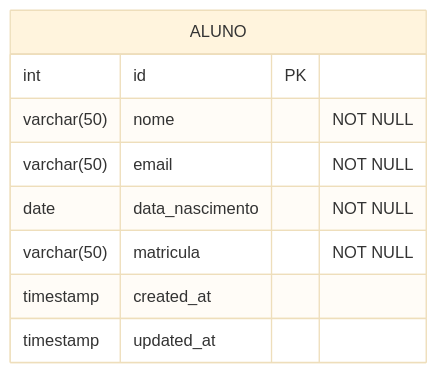
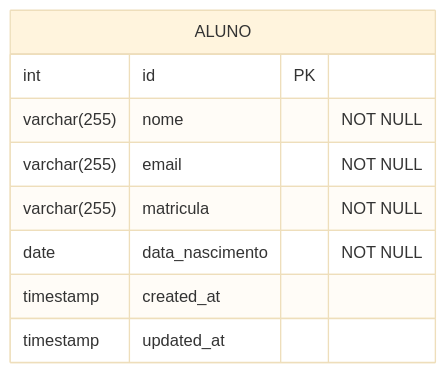
One commit to rgomide/programacao-web-js changed the diagram in 03-conexao-com-banco-de-dados/README.md. Above: the diagram before and after it, drawn with Mermaid (base theme). The commit also changed other lines of this file and 4 other files, not shown here.

````diff
--- a/03-conexao-com-banco-de-dados/README.md
+++ b/03-conexao-com-banco-de-dados/README.md
@@ -95,12 +132,12 @@
 ```mermaid
 erDiagram
     ALUNO {
         int id PK
-        varchar(50) nome "NOT NULL"
-        varchar(50) email "NOT NULL"
+        varchar(255) nome "NOT NULL"
+        varchar(255) email "NOT NULL"
+        varchar(255) matricula "NOT NULL"
         date data_nascimento "NOT NULL"
-        varchar(50) matricula "NOT NULL"
         timestamp created_at
         timestamp updated_at
     }
 ```
````
